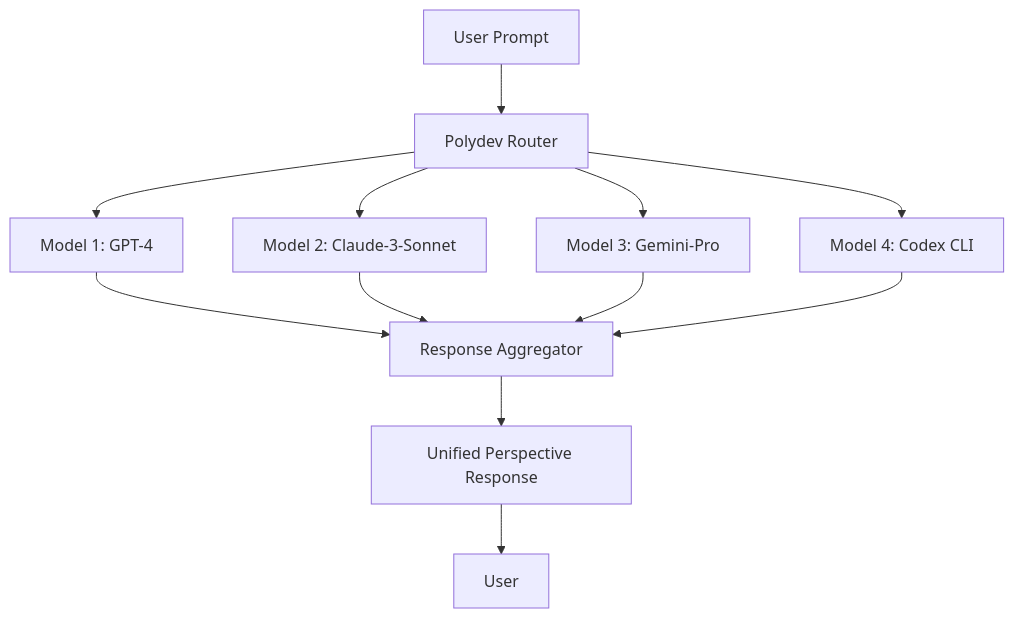
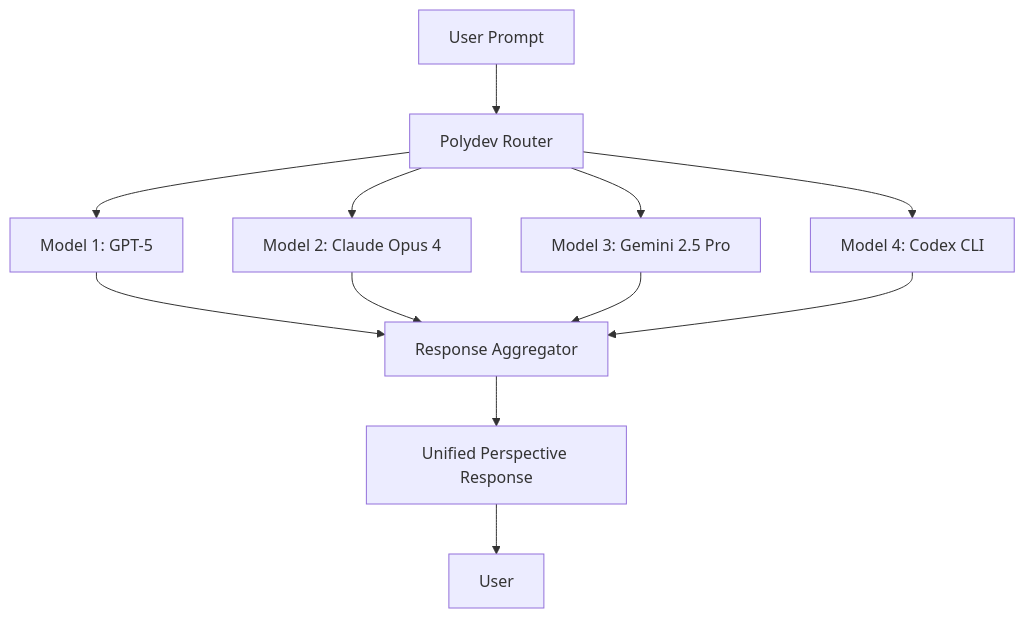
Before and after one commit to polydev-ai/polydev: the diagram in docs/features/perspectives/index.md, drawn with Mermaid. The commit also changed other lines of this file and 40 other files, not shown here.

````diff
--- a/docs/features/perspectives/index.md
+++ b/docs/features/perspectives/index.md
@@ -9,16 +9,16 @@
 ```mermaid
 graph TB
     A[User Prompt] --> B[Polydev Router]
-    B --> C[Model 1: GPT-4]
-    B --> D[Model 2: Claude-3-Sonnet]
-    B --> E[Model 3: Gemini-Pro]
+    B --> C[Model 1: GPT-5]
+    B --> D[Model 2: Claude Opus 4]
+    B --> E[Model 3: Gemini 2.5 Pro]
     B --> F[Model 4: Codex CLI]
     
     C --> G[Response Aggregator]
     D --> G
     E --> G
     F --> G
     
     G --> H[Unified Perspective Response]
     H --> I[User]
 ```
````
